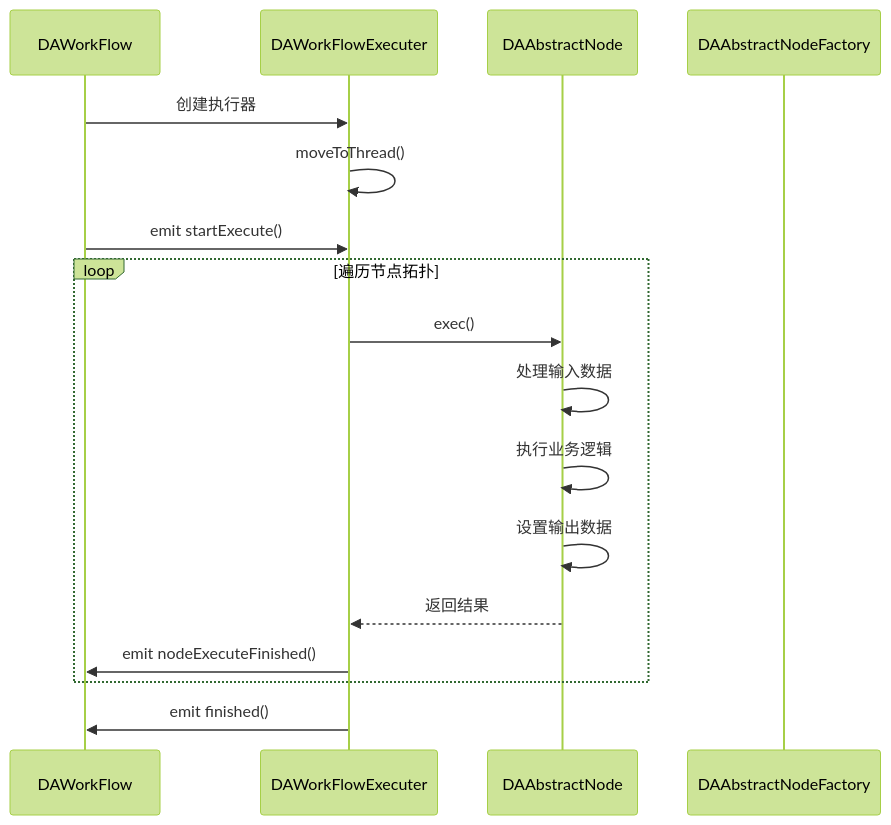
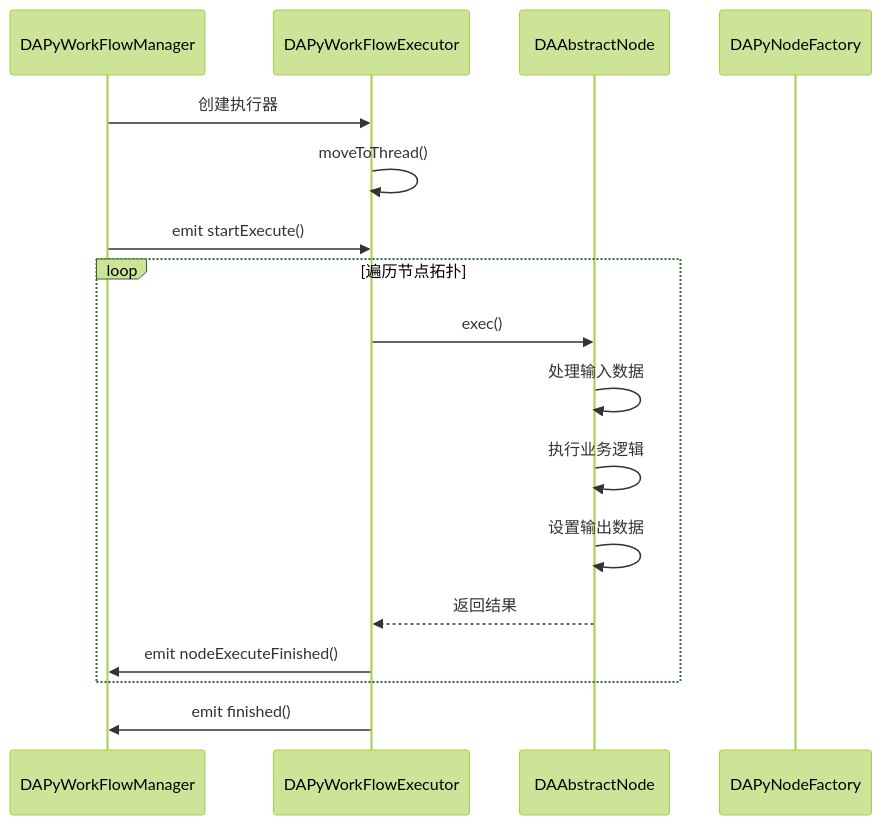
The second of 3 diagrams in docs/zh/plugin-lifecycle.md (czyt1988/data-workbench), drawn with Mermaid (forest theme) before and after one commit. The commit also changed other lines of this file and 13 other files, not shown here.

````diff
--- a/docs/zh/plugin-lifecycle.md
+++ b/docs/zh/plugin-lifecycle.md
@@ -224,22 +224,22 @@
 ```mermaid
 sequenceDiagram
-    participant WF as DAWorkFlow
-    participant Exec as DAWorkFlowExecuter
+    participant WF as DAPyWorkFlowManager
+    participant Exec as DAPyWorkFlowExecutor
     participant Node as DAAbstractNode
-    participant Factory as DAAbstractNodeFactory
+    participant Factory as DAPyNodeFactory
     
     WF->>Exec: 创建执行器
     Exec->>Exec: moveToThread()
     WF->>Exec: emit startExecute()
     
     loop 遍历节点拓扑
         Exec->>Node: exec()
         Node->>Node: 处理输入数据
         Node->>Node: 执行业务逻辑
         Node->>Node: 设置输出数据
         Node-->>Exec: 返回结果
         Exec->>WF: emit nodeExecuteFinished()
     end
     
     Exec->>WF: emit finished()
 ```
````
